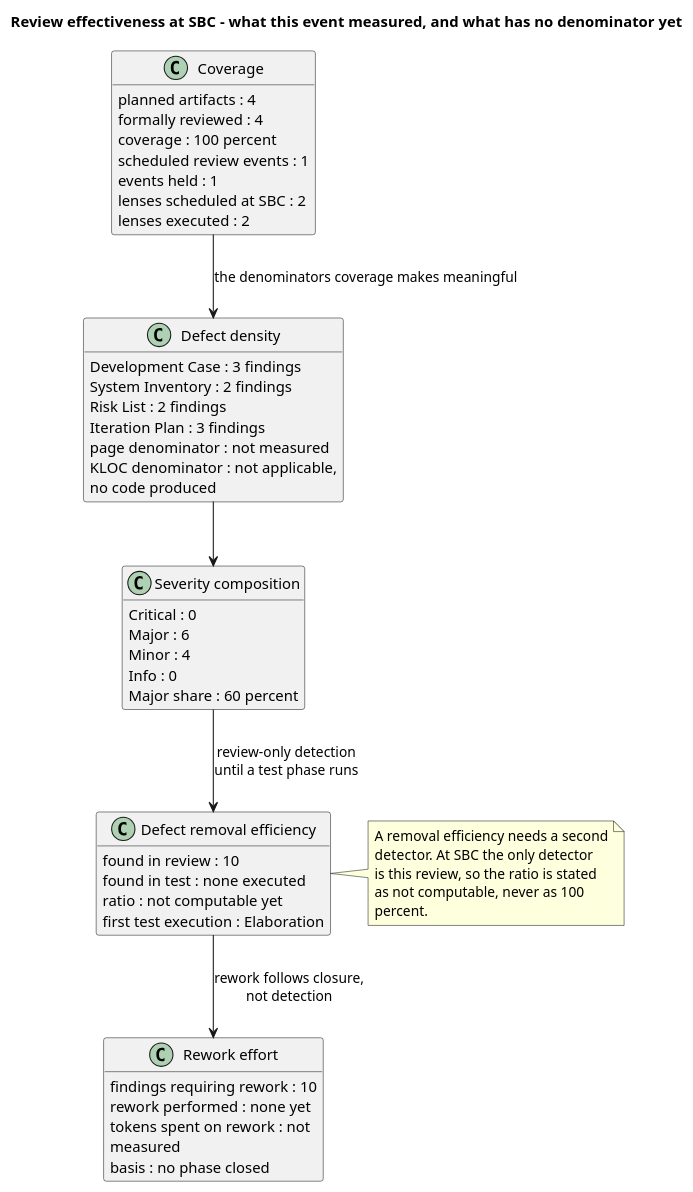
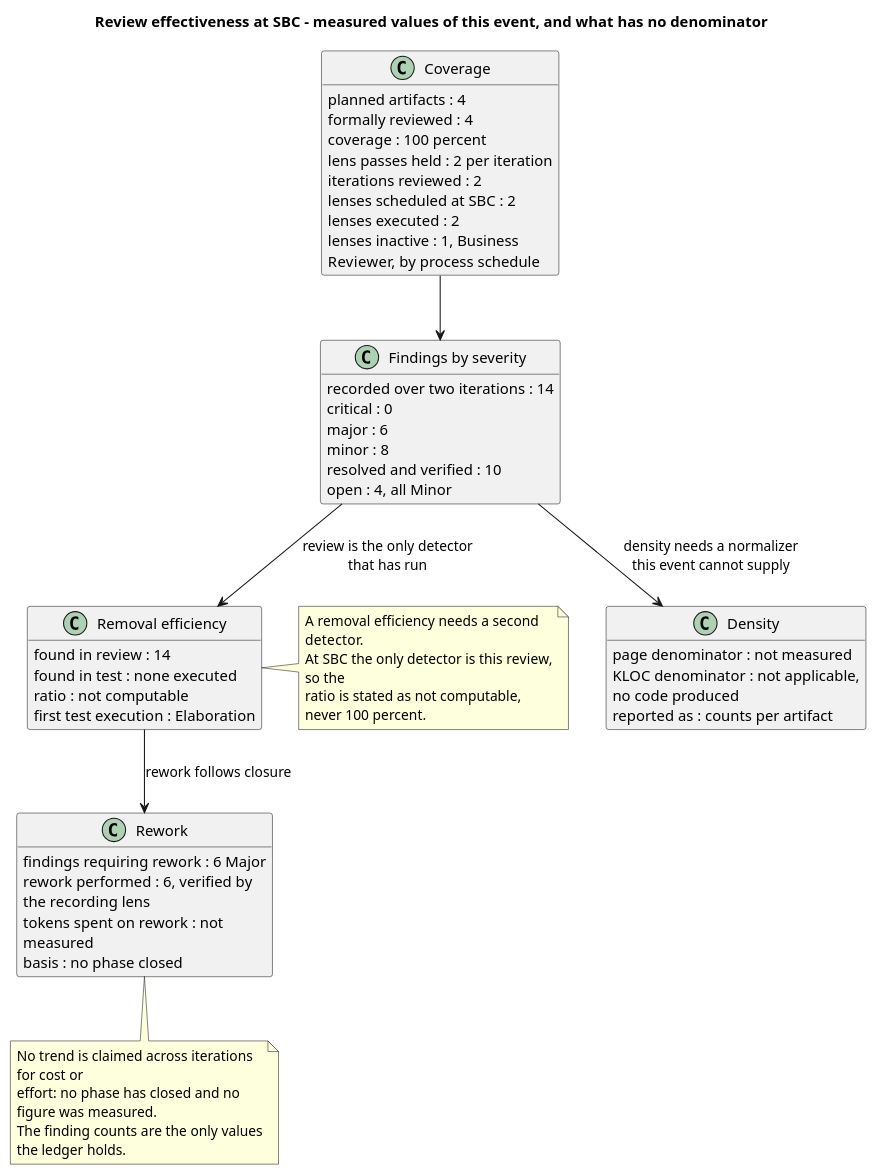
One commit to banense-test/TodoApp changed diagram 15 of 15 in docs/artifacts/project-management/review-record.md. Above: the diagram before and after it, drawn with PlantUML. The commit also changed other lines of this file, not shown here.

First line of the commit message:
Review Coordinator [Survey2]: upsert Review Record

````diff
--- a/docs/artifacts/project-management/review-record.md
+++ b/docs/artifacts/project-management/review-record.md
@@ -1110,63 +1118,64 @@
 ```plantuml
 @startuml
-title Review effectiveness at SBC - what this event measured, and what has no denominator yet
-
+title Review effectiveness at SBC - measured values of this event, and what has no denominator
 skinparam shadowing false
 skinparam classAttributeIconSize 0
 hide empty members
 skinparam wrapWidth 240
 
 class "Coverage" as COV {
   planned artifacts : 4
   formally reviewed : 4
   coverage : 100 percent
-  scheduled review events : 1
-  events held : 1
+  lens passes held : 2 per iteration
+  iterations reviewed : 2
   lenses scheduled at SBC : 2
   lenses executed : 2
+  lenses inactive : 1, Business Reviewer, by process schedule
 }
 
-class "Defect density" as DEN {
-  Development Case : 3 findings
-  System Inventory : 2 findings
-  Risk List : 2 findings
-  Iteration Plan : 3 findings
+class "Findings by severity" as SEV {
+  recorded over two iterations : 14
+  critical : 0
+  major : 6
+  minor : 8
+  resolved and verified : 10
+  open : 4, all Minor
+}
+
+class "Density" as DEN {
   page denominator : not measured
   KLOC denominator : not applicable, no code produced
+  reported as : counts per artifact
 }
 
-class "Severity composition" as SEV {
-  Critical : 0
-  Major : 6
-  Minor : 4
-  Info : 0
-  Major share : 60 percent
-}
-
-class "Defect removal efficiency" as DRE {
-  found in review : 10
+class "Removal efficiency" as DRE {
+  found in review : 14
   found in test : none executed
-  ratio : not computable yet
+  ratio : not computable
   first test execution : Elaboration
 }
 
-class "Rework effort" as RWK {
-  findings requiring rework : 10
-  rework performed : none yet
+class "Rework" as RWK {
+  findings requiring rework : 6 Major
+  rework performed : 6, verified by the recording lens
   tokens spent on rework : not measured
   basis : no phase closed
 }
 
-COV --> DEN : the denominators coverage makes meaningful
-DEN --> SEV
-SEV --> DRE : review-only detection\nuntil a test phase runs
-DRE --> RWK : rework follows closure,\nnot detection
-
+COV --> SEV
+SEV --> DEN : density needs a normalizer\nthis event cannot supply
+SEV --> DRE : review is the only detector\nthat has run
+DRE --> RWK : rework follows closure
 note right of DRE
-  A removal efficiency needs a second
-  detector. At SBC the only detector
-  is this review, so the ratio is stated
-  as not computable, never as 100 percent.
+  A removal efficiency needs a second detector.
+  At SBC the only detector is this review, so the
+  ratio is stated as not computable, never 100 percent.
+end note
+note bottom of RWK
+  No trend is claimed across iterations for cost or
+  effort: no phase has closed and no figure was measured.
+  The finding counts are the only values the ledger holds.
 end note
 @enduml
 ```
````
